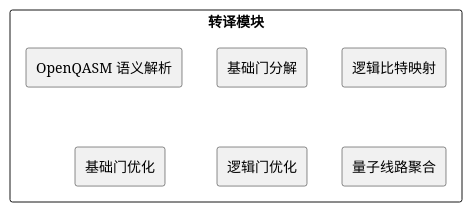
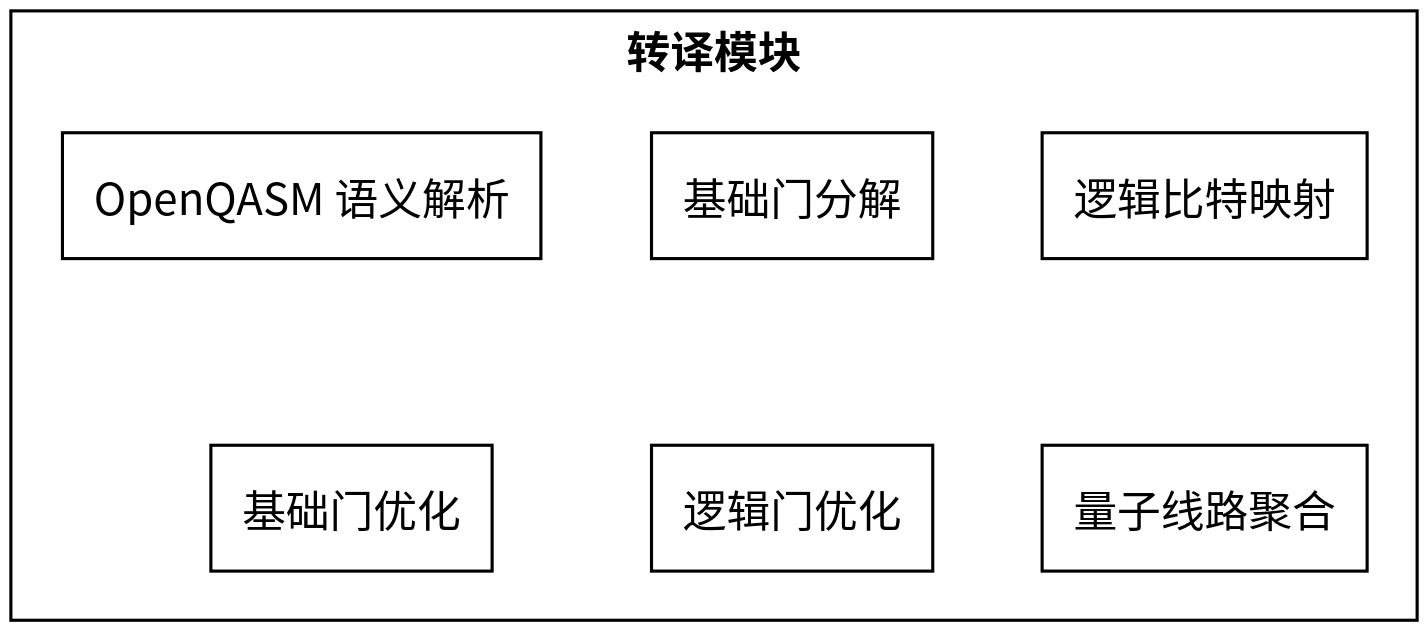
Before and after one commit to zhaoyi-yewu/qcos: the diagram in docs/sphinx/source/_static/design/module-design/transpiler-plugins.puml, drawn with PlantUML. The commit also changed 13 other files, not shown here.

First line of the commit message:
Improve plantuml fonts and dpi

```diff
--- a/docs/sphinx/source/_static/design/module-design/transpiler-plugins.puml
+++ b/docs/sphinx/source/_static/design/module-design/transpiler-plugins.puml
@@ -1,31 +1,37 @@
 @startuml
+' 统一全局字体，确保中文正常显示
+skinparam defaultFontName "Noto Sans CJK SC"
+skinparam dpi 300
+
 skinparam rectangle {
-    roundedCorner 0
-    shadow false
+    BackgroundColor White
+    BorderColor Black
+    BorderThickness 1
+    RoundCorner 0
+    Shadowing false
 }
 
 rectangle "转译模块" {
-    ' 第一排：3个模块（横向排列）
+    ' 第一排
     rectangle "OpenQASM 语义解析" as S1
     rectangle "基础门分解" as S2
     rectangle "逻辑比特映射" as S3
 
-    ' 第二排：3个模块（横向排列）
+    ' 第二排
     rectangle "基础门优化" as S4
     rectangle "逻辑门优化" as S5
     rectangle "量子线路聚合" as S6
 
-    ' 第一排内部横向连接（保证同一排横向排列）
+    ' 布局控制：同排横向连接
     S1 -[hidden]right- S2
     S2 -[hidden]right- S3
 
-    ' 第二排内部横向连接（保证同一排横向排列）
     S4 -[hidden]right- S5
     S5 -[hidden]right- S6
 
-    ' 两排之间纵向连接（保证S4在S1下方、S5在S2下方、S6在S3下方，形成2排布局）
+    ' 布局控制：跨排纵向对齐
     S1 -[hidden]down- S4
     S2 -[hidden]down- S5
     S3 -[hidden]down- S6
 }
 @enduml
```
